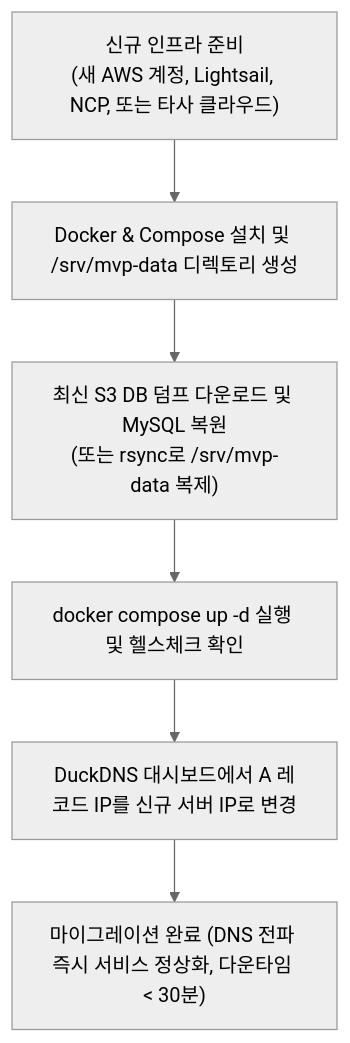
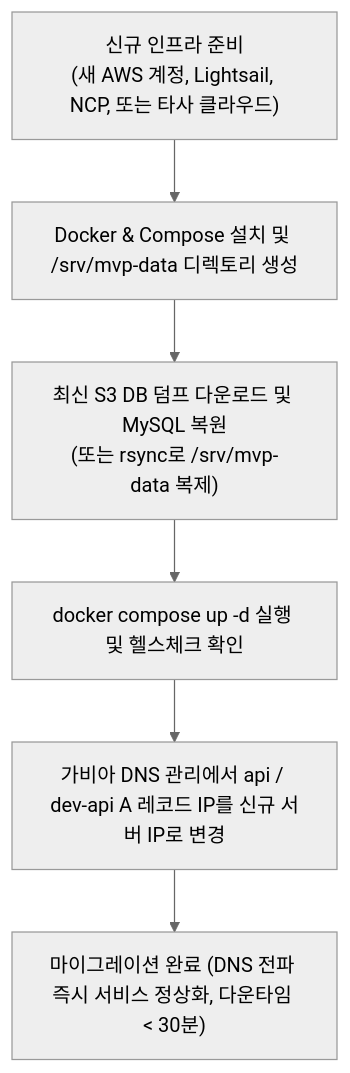
One commit to AUTEDI/AUTEDI-backend changed the fourth of 11 diagrams in docs/DECISIONS.md. Above: the diagram before and after it, drawn with Mermaid (neutral theme). The commit also changed other lines of this file and 9 other files, not shown here.

````diff
--- a/docs/DECISIONS.md
+++ b/docs/DECISIONS.md
@@ -927,8 +927,8 @@
 ```mermaid
 flowchart TD
     A["신규 인프라 준비\n(새 AWS 계정, Lightsail, NCP, 또는 타사 클라우드)"] --> B["Docker & Compose 설치 및 /srv/mvp-data 디렉토리 생성"]
     B --> C["최신 S3 DB 덤프 다운로드 및 MySQL 복원\n(또는 rsync로 /srv/mvp-data 복제)"]
     C --> D["docker compose up -d 실행 및 헬스체크 확인"]
-    D --> E["DuckDNS 대시보드에서 A 레코드 IP를 신규 서버 IP로 변경"]
+    D --> E["가비아 DNS 관리에서 api / dev-api A 레코드 IP를 신규 서버 IP로 변경"]
     E --> F["마이그레이션 완료 (DNS 전파 즉시 서비스 정상화, 다운타임 < 30분)"]
 ```
````
